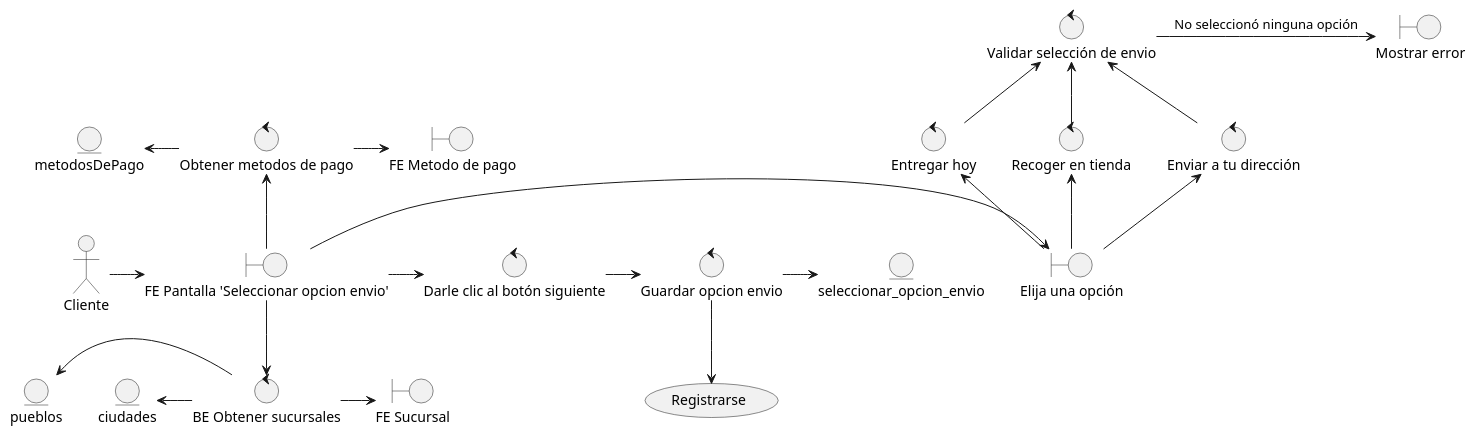
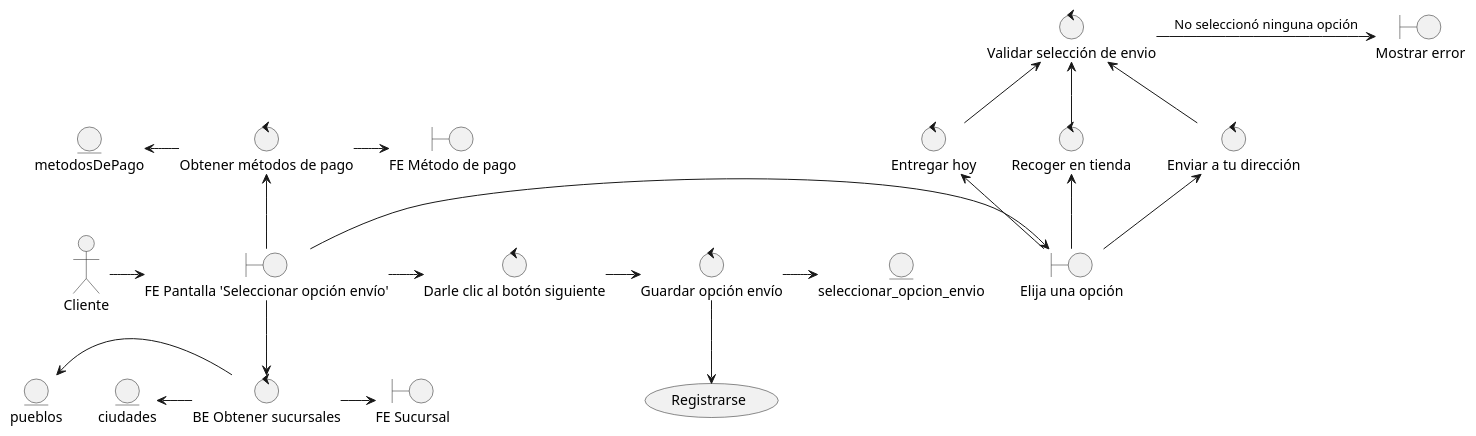
The diagram in Diagrama Robustez/seleccionar-opcion-envio.puml (SofiGarcia09/um-2024-ds-comprodigios), drawn with PlantUML before and after one commit. The commit also changed 3 other files, not shown here.

Commit message:
Diagramas robustez

```diff
--- a/Diagrama Robustez/seleccionar-opcion-envio.puml
+++ b/Diagrama Robustez/seleccionar-opcion-envio.puml
@@ -1,52 +1,52 @@
 @startuml
 
 actor Cliente as cliente
-boundary "FE Pantalla 'Seleccionar opcion envio'" as fePantallaOpcionEnvio
+boundary "FE Pantalla 'Seleccionar opción envío'" as fePantallaOpcionEnvio
 cliente -> fePantallaOpcionEnvio
 
 boundary "Elija una opción" as feElegirOpcion
 control "Enviar a tu dirección" as envioDireccion
 control "Recoger en tienda" as recogerEnTienda
 control "Entregar hoy" as entregHoy
 
 fePantallaOpcionEnvio -> feElegirOpcion
 feElegirOpcion -up-> envioDireccion
 feElegirOpcion -up-> recogerEnTienda
 feElegirOpcion -up-> entregHoy
 
 control "Validar selección de envio" as validarEnvio
 envioDireccion -up-> validarEnvio
 recogerEnTienda -up-> validarEnvio
 entregHoy -up-> validarEnvio
 
 boundary "Mostrar error" as error 
 validarEnvio -> error: No seleccionó ninguna opción
 
 control "BE Obtener sucursales" as obtenerSucursales
 fePantallaOpcionEnvio -down-> obtenerSucursales
 entity ciudades as entityCiudades
 entity pueblos as entityPueblos
 obtenerSucursales -left-> entityCiudades
 obtenerSucursales -left-> entityPueblos
 boundary "FE Sucursal" as sucursal 
 obtenerSucursales -> sucursal
 
-control "Obtener metodos de pago" as metodoPago
+control "Obtener métodos de pago" as metodoPago
 fePantallaOpcionEnvio -up-> metodoPago
 entity metodosDePago as entityMetodosPago
 metodoPago -left-> entityMetodosPago
-boundary "FE Metodo de pago" as feMetodoPado
+boundary "FE Método de pago" as feMetodoPado
 metodoPago -right-> feMetodoPado
 
 control "Darle clic al botón siguiente" as botonSiguiente
 fePantallaOpcionEnvio -> botonSiguiente
-control "Guardar opcion envio" as guardarOpcionEnvio
+control "Guardar opción envío" as guardarOpcionEnvio
 botonSiguiente -> guardarOpcionEnvio
 entity seleccionar_opcion_envio as seleccionOpcion
 guardarOpcionEnvio -> seleccionOpcion
 
 usecase "Registrarse" as registrarse
 guardarOpcionEnvio -down-> registrarse
 
 
 @enduml
```
